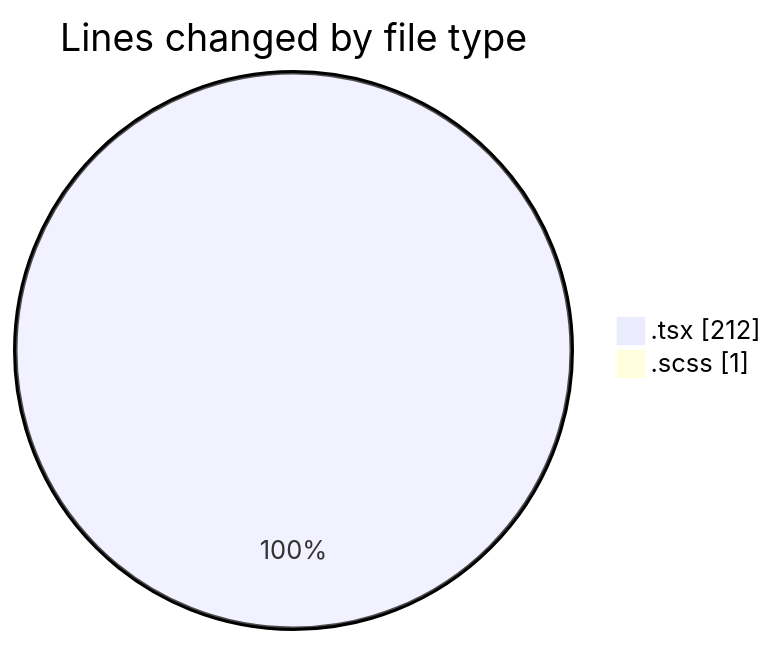
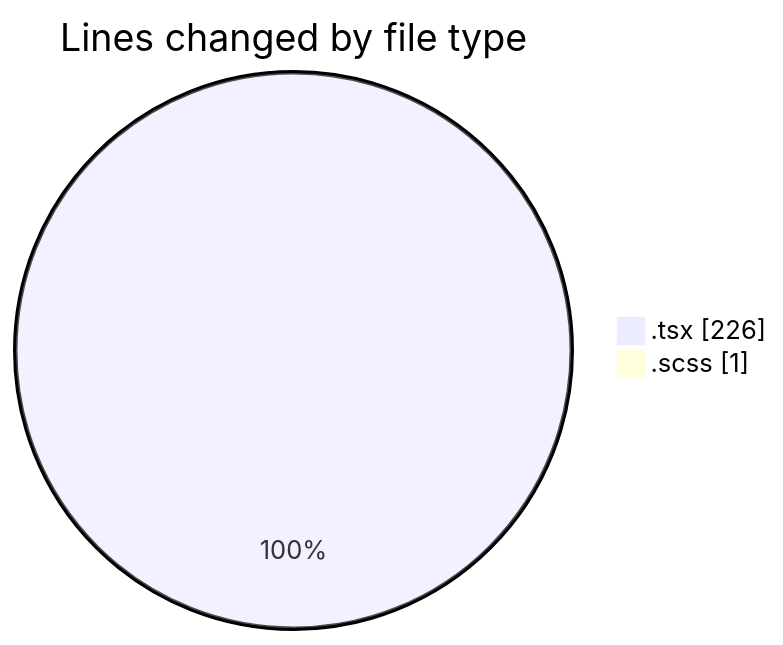
Before and after one commit to momahboobian/code-tracking: the first of 2 diagrams in 2025-03-19/cda/README.md, drawn with Mermaid. The commit also changed other lines of this file and 1 other file, not shown here.

````diff
--- a/2025-03-19/cda/README.md
+++ b/2025-03-19/cda/README.md
@@ -23,6 +23,6 @@
 ```mermaid
 pie showData
 title Lines changed by file type
-".tsx" : 212
+".tsx" : 226
 ".scss" : 1
 ```
````
